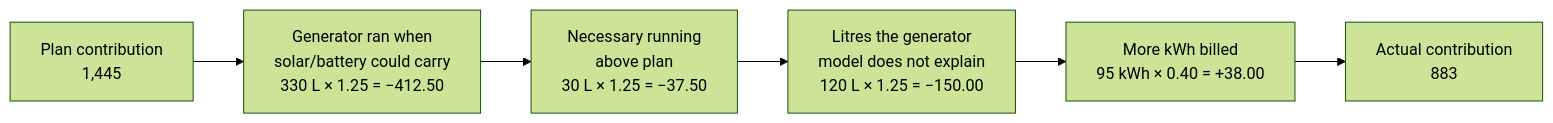
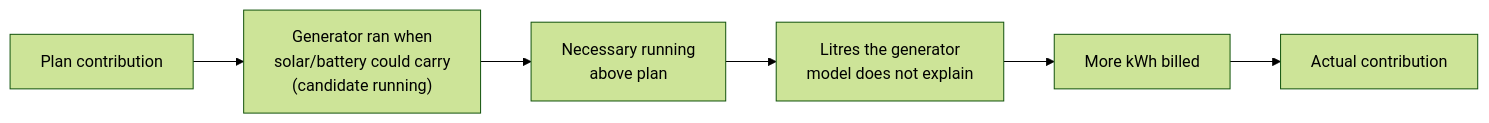
Before and after one commit to bineyame/AssetOpsV1: the second of 9 diagrams in Docs/demo-sprint/product-direction-layer4/product-transition-and-roadmap.md, drawn with Mermaid (forest theme). The commit also changed other lines of this file and 4 other files, not shown here.

First line of the commit message:
Product transition and roadmap rev 2: review M1-M3, L1-L7 as classes; effort basis; workflow change (new §5)

````diff
--- a/Docs/demo-sprint/product-direction-layer4/product-transition-and-roadmap.md
+++ b/Docs/demo-sprint/product-direction-layer4/product-transition-and-roadmap.md
@@ -67,8 +68,8 @@
 ```mermaid
 flowchart LR
-  P["Plan contribution<br/>1,445"] --> A["Generator ran when<br/>solar/battery could carry<br/>330 L × 1.25 = −412.50"]
-  A --> B["Necessary running<br/>above plan<br/>30 L × 1.25 = −37.50"]
-  B --> C["Litres the generator<br/>model does not explain<br/>120 L × 1.25 = −150.00"]
-  C --> D["More kWh billed<br/>95 kWh × 0.40 = +38.00"]
-  D --> E["Actual contribution<br/>883"]
+  P["Plan contribution"] --> A["Generator ran when<br/>solar/battery could carry<br/>(candidate running)"]
+  A --> B["Necessary running<br/>above plan"]
+  B --> C["Litres the generator<br/>model does not explain"]
+  C --> D["More kWh billed"]
+  D --> E["Actual contribution"]
 ```
````
